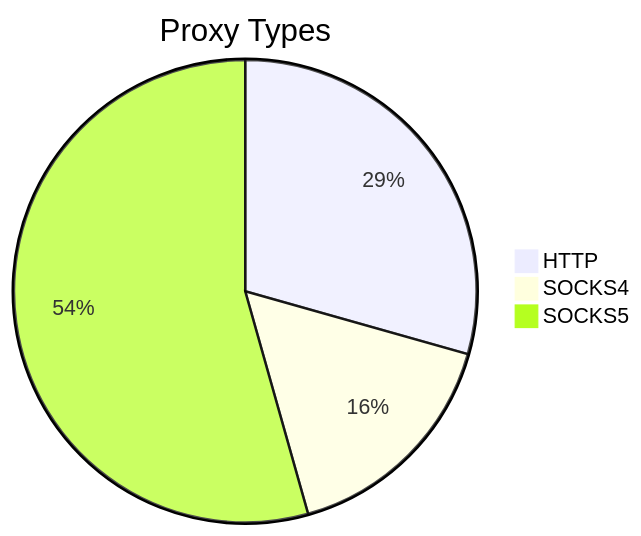
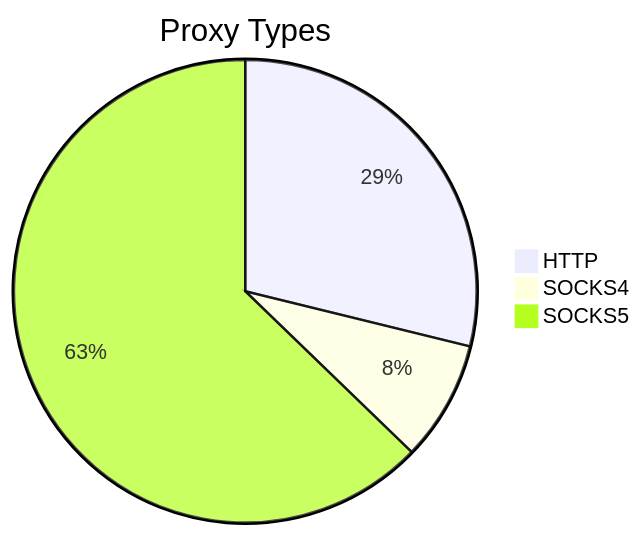
Before and after one commit to stormsia/proxy-list: the first of 2 diagrams in README.md, drawn with Mermaid. The commit also changed other lines of this file, not shown here.

````diff
--- a/README.md
+++ b/README.md
@@ -21,6 +21,6 @@
 ```mermaid
 pie title Proxy Types
-    "HTTP" : 114
-    "SOCKS4" : 63
-    "SOCKS5" : 211
+    "HTTP" : 79
+    "SOCKS4" : 23
+    "SOCKS5" : 172
 ```
````
